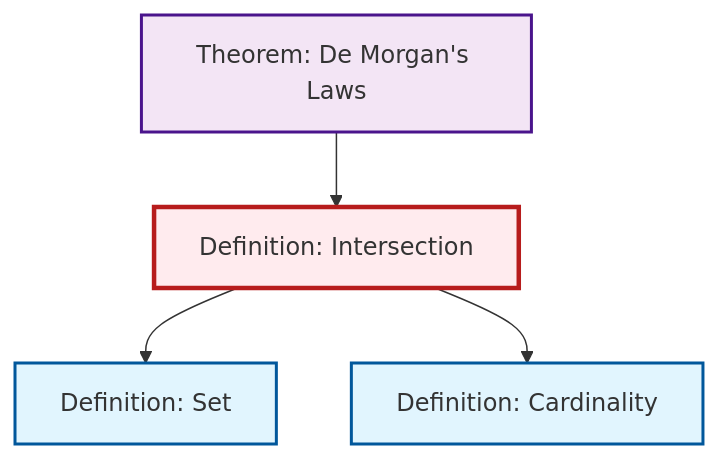
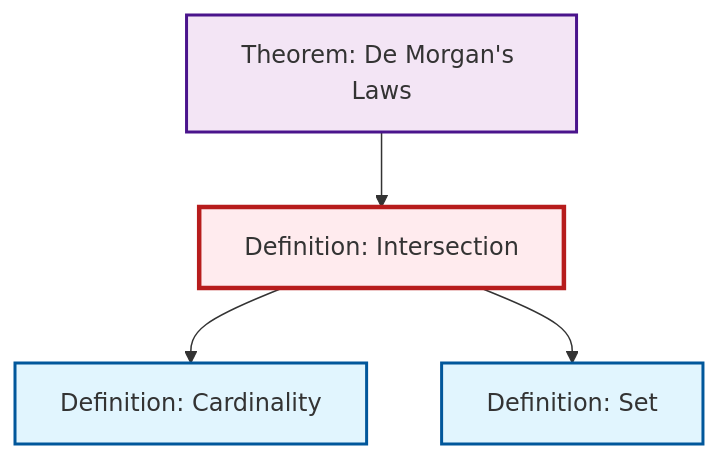
One commit to RK0429/ModernMath changed the diagram in content/en/logic-set-theory/def-intersection.qmd. Above: the diagram before and after it, drawn with Mermaid. The commit also changed other lines of this file and 597 other files, not shown here.

````diff
--- a/content/en/logic-set-theory/def-intersection.qmd
+++ b/content/en/logic-set-theory/def-intersection.qmd
@@ -62,20 +62,20 @@
 ```{mermaid}
 %%| fig-cap: "Local dependency graph"
 graph TD
     classDef definition fill:#e1f5fe,stroke:#01579b,stroke-width:2px
     classDef theorem fill:#f3e5f5,stroke:#4a148c,stroke-width:2px
     classDef axiom fill:#fff3e0,stroke:#e65100,stroke-width:2px
     classDef example fill:#e8f5e9,stroke:#1b5e20,stroke-width:2px
     classDef current fill:#ffebee,stroke:#b71c1c,stroke-width:3px
-    thm-de-morgan["Theorem: De Morgan's Laws"]:::theorem
     def-cardinality["Definition: Cardinality"]:::definition
     def-set["Definition: Set"]:::definition
+    thm-de-morgan["Theorem: De Morgan's Laws"]:::theorem
     def-intersection["Definition: Intersection"]:::definition
+    thm-de-morgan --> def-intersection
+    def-intersection --> def-cardinality
     def-intersection --> def-set
-    def-intersection --> def-cardinality
-    thm-de-morgan --> def-intersection
     class def-intersection current
-    click thm-de-morgan "thm-de-morgan.html" "Go to De Morgan's Laws theorem"
     click def-cardinality "def-cardinality.html" "Go to Cardinality definition"
     click def-set "def-set.html" "Go to Set definition"
+    click thm-de-morgan "thm-de-morgan.html" "Go to De Morgan's Laws theorem"
 ```
````
